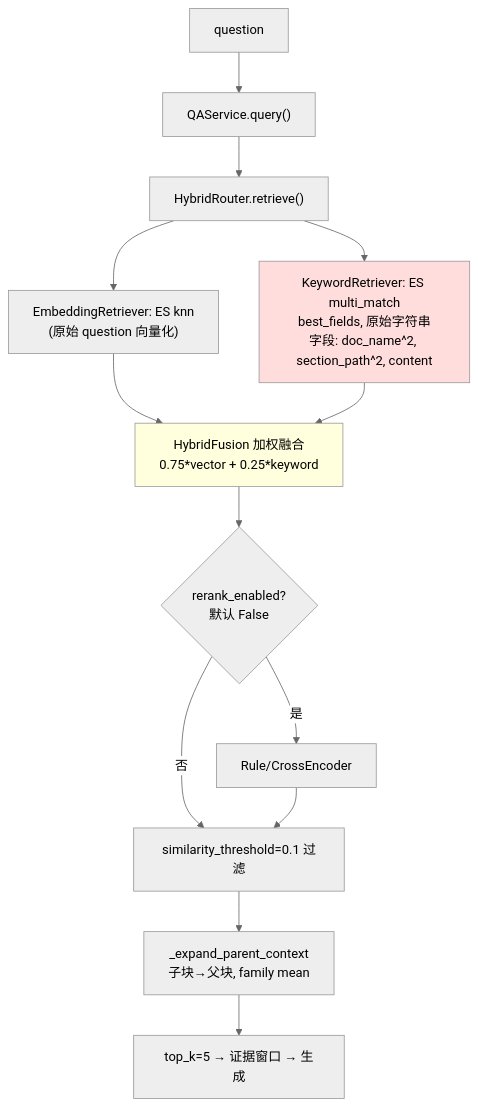
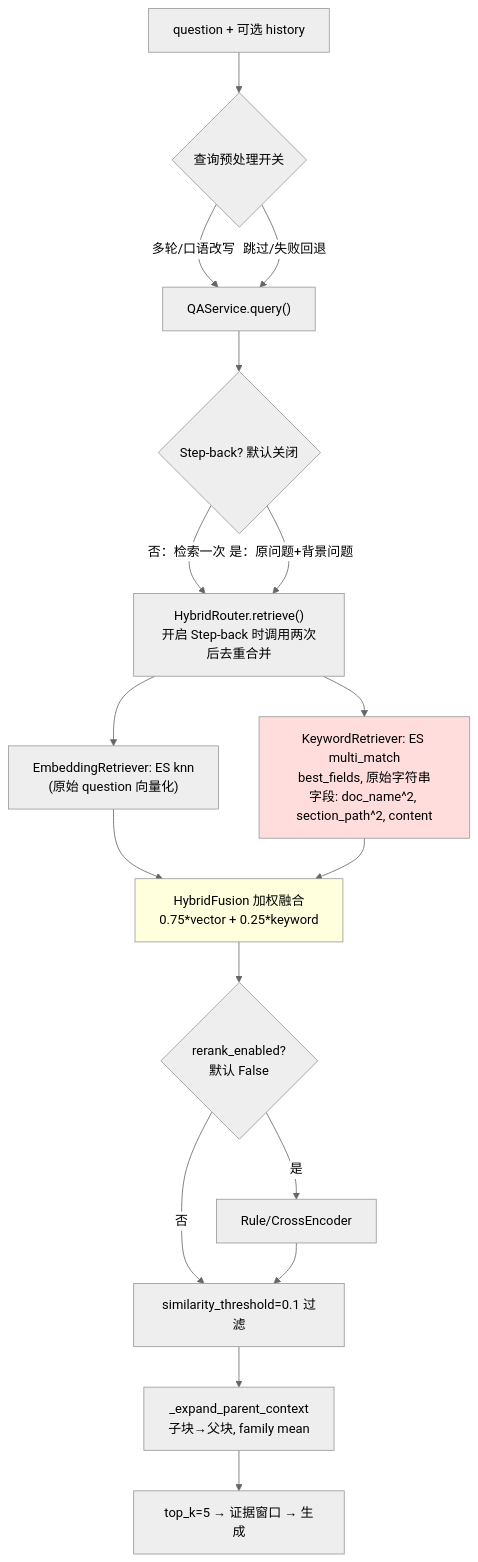
The fourth of 4 diagrams in docs/compare.md (wangfan787/ragFlow), drawn with Mermaid (neutral theme) before and after one commit. The commit also changed other lines of this file and 102 other files, not shown here.

````diff
--- a/docs/compare.md
+++ b/docs/compare.md
@@ -336,18 +336,22 @@
 ```mermaid
 flowchart TD
-    Q["question"] --> QA["QAService.query()"]
-    QA --> HR["HybridRouter.retrieve()"]
+    Q["question + 可选 history"] --> RW{"查询预处理开关"}
+    RW -- "多轮/口语改写" --> QA["QAService.query()"]
+    RW -- "跳过/失败回退" --> QA
+    QA --> SB{"Step-back? 默认关闭"}
+    SB -- "否：检索一次" --> HR["HybridRouter.retrieve()<br/>开启 Step-back 时调用两次后去重合并"]
+    SB -- "是：原问题+背景问题" --> HR
     HR --> VR["EmbeddingRetriever: ES knn<br/>(原始 question 向量化)"]
     HR --> KR["KeywordRetriever: ES multi_match<br/>best_fields, 原始字符串<br/>字段: doc_name^2, section_path^2, content"]
     VR --> FUSE["HybridFusion 加权融合<br/>0.75*vector + 0.25*keyword"]
     KR --> FUSE
     FUSE --> RR{"rerank_enabled?<br/>默认 False"}
     RR -- 是 --> RER["Rule/CrossEncoder"]
     RR -- 否 --> TH
     RER --> TH["similarity_threshold=0.1 过滤"]
     TH --> EXP["_expand_parent_context<br/>子块→父块, family mean"]
     EXP --> TOP["top_k=5 → 证据窗口 → 生成"]
 
     style KR fill:#fdd
     style FUSE fill:#ffd
 ```
````
